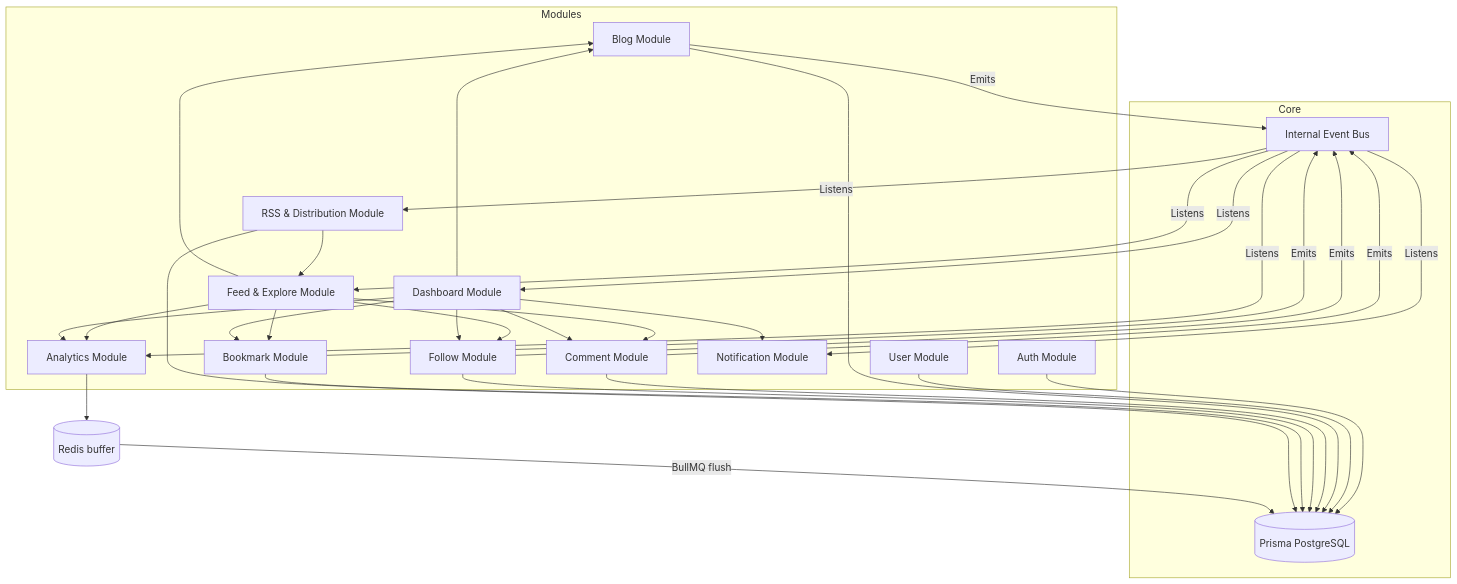
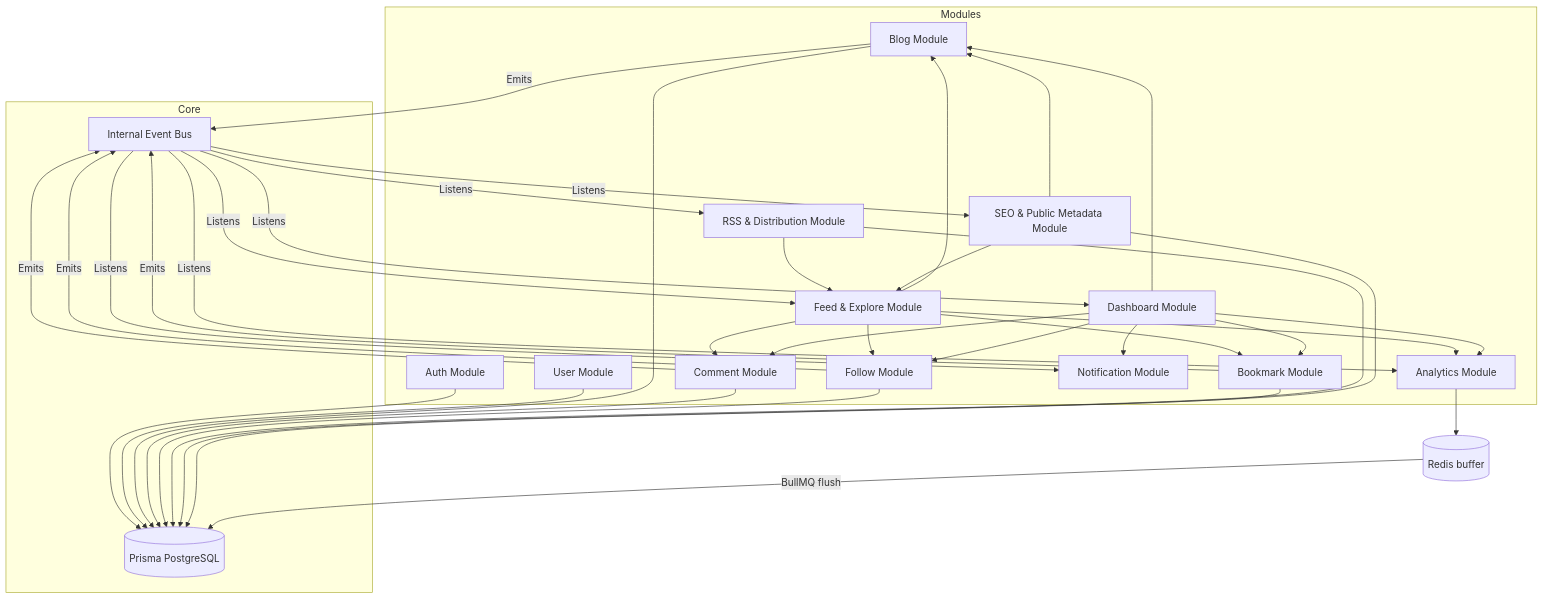
The sixth of 7 diagrams in docs/ARCHITECTURE.md (samman-varshney/Narrative), drawn with Mermaid before and after one commit. The commit also changed other lines of this file and 49 other files, not shown here.

Commit message:
completed seo module (#3)

````diff
--- a/docs/ARCHITECTURE.md
+++ b/docs/ARCHITECTURE.md
@@ -425,68 +427,79 @@
 ```mermaid
 graph TD
     subgraph Modules
         Auth[Auth Module]
         User[User Module]
         Blog[Blog Module]
         Comment[Comment Module]
         Follow[Follow Module]
         Bookmark[Bookmark Module]
         Notif[Notification Module]
         Analyt[Analytics Module]
         Feed[Feed & Explore Module]
         Dash[Dashboard Module]
         Rss[RSS & Distribution Module]
+        Seo[SEO & Public Metadata Module]
     end
     
     subgraph Core
         EventBus[Internal Event Bus]
         DB[(Prisma PostgreSQL)]
     end
     
     Auth --> DB
     User --> DB
     Blog --> DB
     Comment --> DB
     Follow --> DB
     
     Bookmark --> DB
 
     Blog -- Emits --> EventBus
     Comment -- Emits --> EventBus
     Follow -- Emits --> EventBus
     Bookmark -- Emits --> EventBus
 
     EventBus -- Listens --> Notif
     EventBus -- Listens --> Analyt
     EventBus -- Listens --> Feed
     EventBus -- Listens --> Dash
     EventBus -- Listens --> Rss
+    EventBus -- Listens --> Seo
 
     %% Feed is a leaf: it composes sibling SERVICES and nothing depends on it,
     %% so no cycle (Blog -> Feed -> Blog) can form.
     Feed --> Blog
     Feed --> Follow
     Feed --> Analyt
     Feed --> Comment
     Feed --> Bookmark
 
     %% Dashboard is the other leaf, and the stricter one: it reaches no database
     %% at all. Every arrow below is a call to a sibling SERVICE, and nothing
     %% depends on Dashboard — so Dashboard -> Analytics -> Dashboard cannot form.
     Dash --> Analyt
     Dash --> Blog
     Dash --> Follow
     Dash --> Bookmark
     Dash --> Comment
     Dash --> Notif
 
     %% RSS is the third leaf, and the narrowest. Its ONLY module dependency is
     %% one constant — the discovery eligibility predicate the Feed module owns —
     %% so RSS -> Feed -> RSS cannot form. Everything else it needs it reads
     %% through its own bounded query.
     Rss --> Feed
     Rss --> DB
 
+    %% SEO is the fourth leaf. Like RSS it borrows the Feed module's discovery
+    %% predicate rather than restating it, and it additionally calls Blog's
+    %% `canView` — because "is this page public" and "may it be indexed" are two
+    %% different questions and the platform already answers both. Nothing depends
+    %% on SEO, so neither arrow can close a cycle.
+    Seo --> Feed
+    Seo --> Blog
+    Seo --> DB
+
     Analyt --> Redis[(Redis buffer)]
     Redis -- BullMQ flush --> DB
 ```
````
